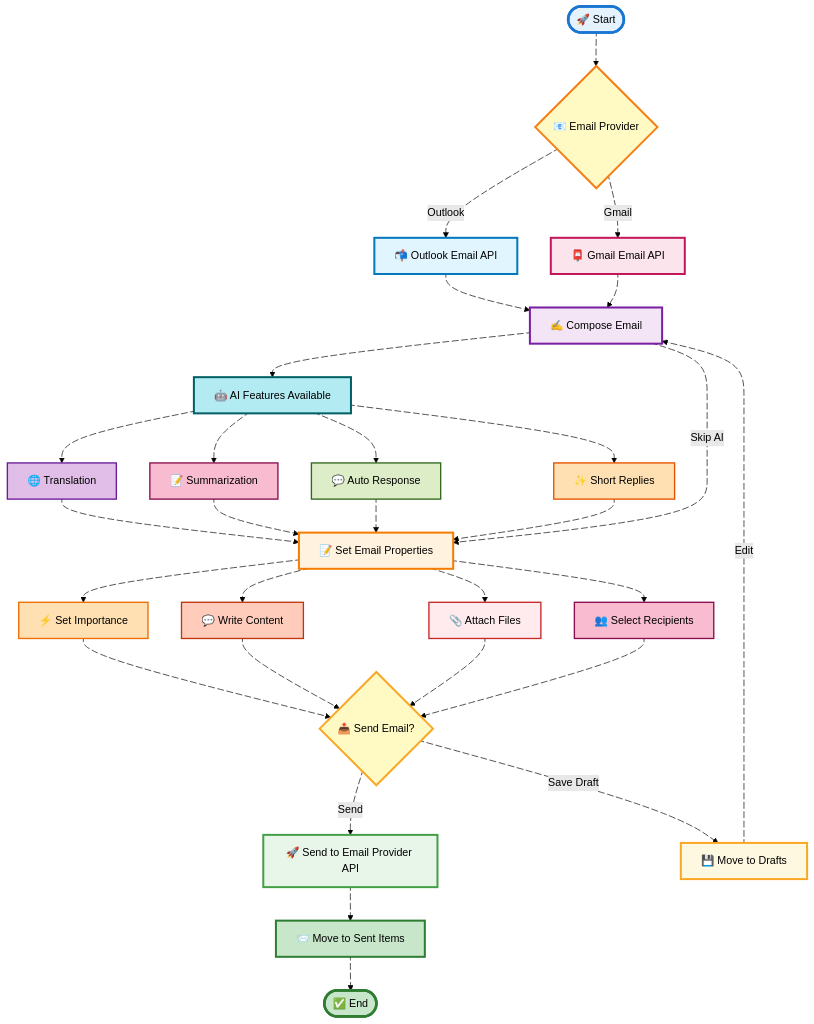
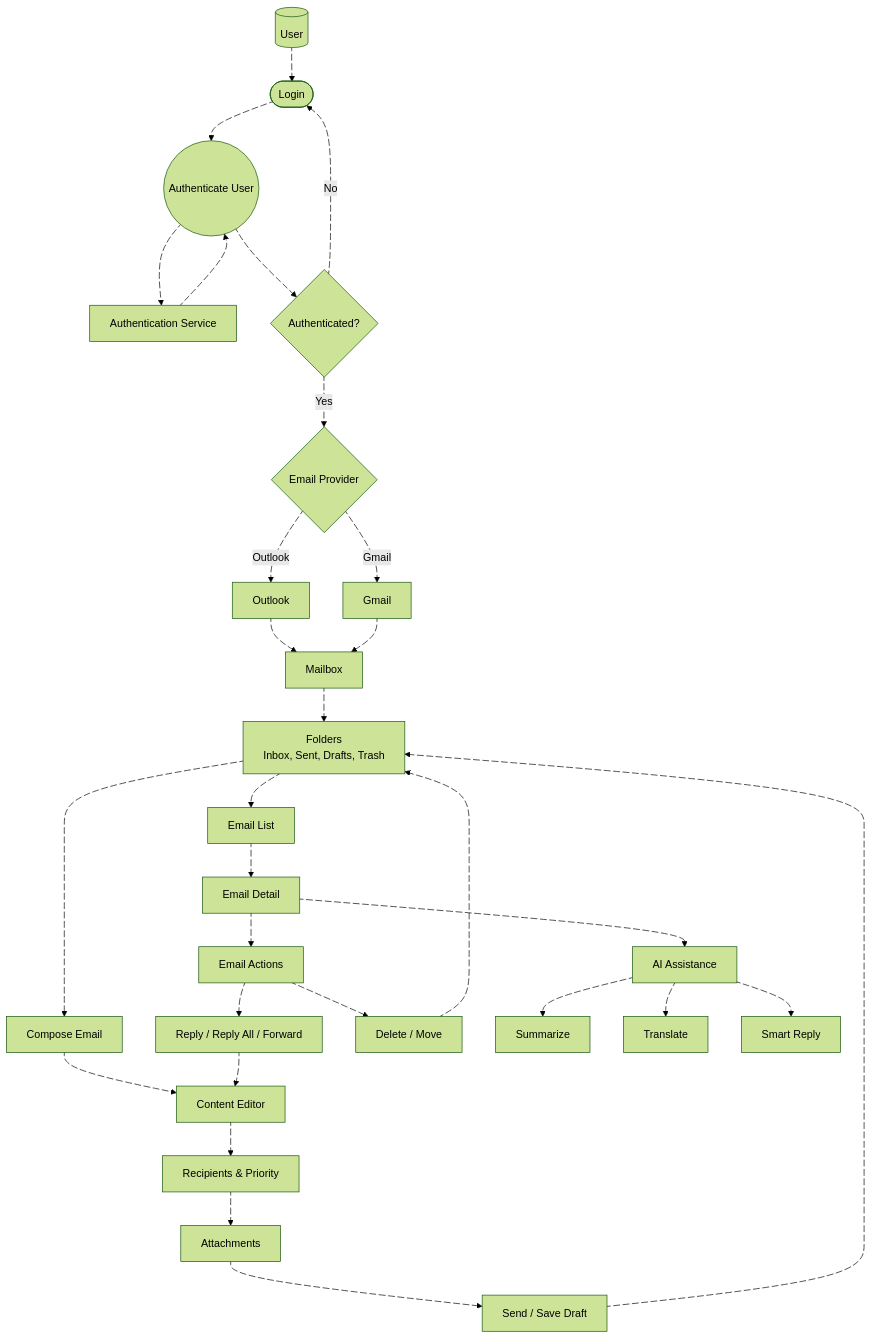
Before and after one commit to Harshita-capsitech/EmailDocs: the second of 3 diagrams in Emails/Overview.md, drawn with Mermaid (forest theme). The commit also changed other lines of this file, not shown here.

````diff
--- a/Emails/Overview.md
+++ b/Emails/Overview.md
@@ -102,81 +121,88 @@
 ```mermaid
 flowchart TD
-    A([🚀 Start]) edge1@--> B{📧 Email Provider}
-    B edge2@-->|Outlook| C[📬 Outlook Email API]
-    B edge3@-->|Gmail| D[📮 Gmail Email API]
-    C edge4@--> E[✍️ Compose Email]
-    D edge5@--> E
-    E edge6@--> O[🤖 AI Features Available]
-    O edge20@--> P[🌐 Translation]
-    O edge21@--> Q[📝 Summarization]
-    O edge22@--> R[💬 Auto Response]
-    O edge23@--> S[✨ Short Replies]
-    P edge24@--> F[📝 Set Email Properties]
-    Q edge25@--> F
-    R edge26@--> F
-    S edge27@--> F
-    E edge28@-->|Skip AI| F
-    F edge7@--> G[⚡ Set Importance]
-    F edge8@--> H[💬 Write Content]
-    F edge9@--> I[📎 Attach Files]
-    F edge10@--> J[👥 Select Recipients]
-    G edge11@--> K{📤 Send Email?}
-    H edge12@--> K
-    I edge13@--> K
-    J edge14@--> K
-    K edge15@-->|Send| L[🚀 Send to Email Provider API]
-    K edge16@-->|Save Draft| M[💾 Move to Drafts]
-    L edge17@--> N[📨 Move to Sent Items]
-    M edge18@-->|Edit| E
-    N edge19@--> T([✅ End])
-    
-    edge1@{ animate: fast }
-    edge2@{ animate: fast }
-    edge3@{ animate: fast }
-    edge4@{ animate: fast }
-    edge5@{ animate: fast }
-    edge6@{ animate: fast }
-    edge7@{ animate: fast }
-    edge8@{ animate: fast }
-    edge9@{ animate: fast }
-    edge10@{ animate: fast }
-    edge11@{ animate: fast }
-    edge12@{ animate: fast }
-    edge13@{ animate: fast }
-    edge14@{ animate: fast }
-    edge15@{ animate: fast }
-    edge16@{ animate: fast }
-    edge17@{ animate: fast }
-    edge18@{ animate: fast }
-    edge19@{ animate: fast }
-    edge20@{ animate: fast }
-    edge21@{ animate: fast }
-    edge22@{ animate: fast }
-    edge23@{ animate: fast }
-    edge24@{ animate: fast }
-    edge25@{ animate: fast }
-    edge26@{ animate: fast }
-    edge27@{ animate: fast }
-    edge28@{ animate: fast }
-    
-    style A fill:#e3f2fd,stroke:#1976d2,stroke-width:4px,color:#000
-    style B fill:#fff9c4,stroke:#f57f17,stroke-width:3px,color:#000
-    style C fill:#e1f5fe,stroke:#0277bd,stroke-width:3px,color:#000
-    style D fill:#fce4ec,stroke:#c2185b,stroke-width:3px,color:#000
-    style E fill:#f3e5f5,stroke:#7b1fa2,stroke-width:3px,color:#000
-    style F fill:#fff3e0,stroke:#f57c00,stroke-width:3px,color:#000
-    style G fill:#ffe0b2,stroke:#ef6c00,stroke-width:2px,color:#000
-    style H fill:#ffccbc,stroke:#bf360c,stroke-width:2px,color:#000
-    style I fill:#ffebee,stroke:#c62828,stroke-width:2px,color:#000
-    style J fill:#f8bbd0,stroke:#880e4f,stroke-width:2px,color:#000
-    style K fill:#fff9c4,stroke:#f9a825,stroke-width:3px,color:#000
-    style L fill:#e8f5e9,stroke:#43a047,stroke-width:3px,color:#000
-    style M fill:#fff8e1,stroke:#f9a825,stroke-width:3px,color:#000
-    style N fill:#c8e6c9,stroke:#2e7d32,stroke-width:3px,color:#000
-    style O fill:#b2ebf2,stroke:#006064,stroke-width:3px,color:#000
-    style P fill:#e1bee7,stroke:#6a1b9a,stroke-width:2px,color:#000
-    style Q fill:#f8bbd0,stroke:#880e4f,stroke-width:2px,color:#000
-    style R fill:#dcedc8,stroke:#33691e,stroke-width:2px,color:#000
-    style S fill:#ffe0b2,stroke:#e65100,stroke-width:2px,color:#000
-    style T fill:#c8e6c9,stroke:#2e7d32,stroke-width:4px,color:#000
+%% ========== User & Authentication ==========
+User[(User)]
+Login([Login])
+AuthProcess((Authenticate User))
+AuthService[Authentication Service]
+AuthCheck{Authenticated?}
+
+User edge1@--> Login
+Login edge2@--> AuthProcess
+AuthProcess edge3@--> AuthService
+AuthService edge4@--> AuthProcess
+AuthProcess edge5@--> AuthCheck
+
+AuthCheck edge6@-- No --> Login
+
+%% ========== Provider Selection ==========
+AuthCheck edge7@-- Yes --> Provider{Email Provider}
+Provider edge8@-- Outlook --> OutlookRoute[Outlook]
+Provider edge9@-- Gmail --> GmailRoute[Gmail]
+
+%% ========== Mailbox & Folders ==========
+OutlookRoute edge10@--> Mailbox[Mailbox]
+GmailRoute edge11@--> Mailbox
+
+Mailbox edge12@--> Folders[Folders<br/>Inbox, Sent, Drafts, Trash]
+
+%% ========== Compose Email ==========
+Folders edge13@--> Compose[Compose Email]
+Compose edge14@--> Editor[Content Editor]
+Editor edge15@--> Recipients[Recipients & Priority]
+Recipients edge16@--> Attachments[Attachments]
+Attachments edge17@--> SendAction[Send / Save Draft]
+SendAction edge18@--> Folders
+
+%% ========== Read Emails ==========
+Folders edge19@--> EmailList[Email List]
+EmailList edge20@--> EmailDetail[Email Detail]
+
+%% ========== Email Actions ==========
+EmailDetail edge21@--> Actions[Email Actions]
+Actions edge22@--> Reply[Reply / Reply All / Forward]
+Actions edge23@--> Delete[Delete / Move]
+
+Reply edge24@--> Editor
+Delete edge25@--> Folders
+
+%% ========== AI Features ==========
+EmailDetail edge26@--> AI[AI Assistance]
+AI edge27@--> Summary[Summarize]
+AI edge28@--> Translate[Translate]
+AI edge29@--> SmartReply[Smart Reply]
+
+%% ========== Animations ==========
+edge1@{ animation: fast }
+edge2@{ animation: fast }
+edge3@{ animation: fast }
+edge4@{ animation: fast }
+edge5@{ animation: fast }
+edge6@{ animation: fast }
+edge7@{ animation: fast }
+edge8@{ animation: fast }
+edge9@{ animation: fast }
+edge10@{ animation: fast }
+edge11@{ animation: fast }
+edge12@{ animation: fast }
+edge13@{ animation: fast }
+edge14@{ animation: fast }
+edge15@{ animation: fast }
+edge16@{ animation: fast }
+edge17@{ animation: fast }
+edge18@{ animation: fast }
+edge19@{ animation: fast }
+edge20@{ animation: fast }
+edge21@{ animation: fast }
+edge22@{ animation: fast }
+edge23@{ animation: fast }
+edge24@{ animation: fast }
+edge25@{ animation: fast }
+edge26@{ animation: fast }
+edge27@{ animation: fast }
+edge28@{ animation: fast }
+edge29@{ animation: fast }
+
+
+
 ```
````
